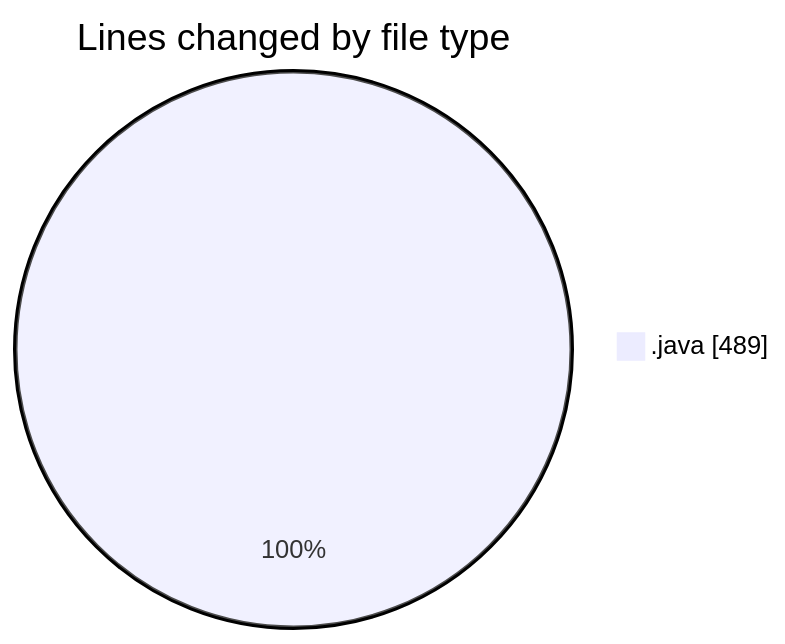
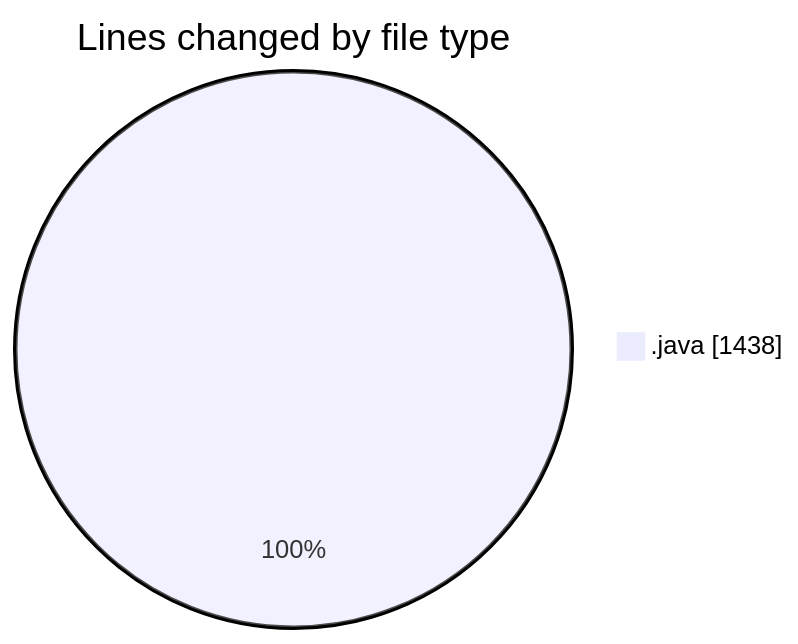
Before and after one commit to ricardozamudiocil/code-tracking: the first of 2 diagrams in 2026-04-23/cilapp/README.md, drawn with Mermaid. The commit also changed other lines of this file and 1 other file, not shown here.

````diff
--- a/2026-04-23/cilapp/README.md
+++ b/2026-04-23/cilapp/README.md
@@ -22,5 +23,5 @@
 ```mermaid
 pie showData
 title Lines changed by file type
-".java" : 489
+".java" : 1438
 ```
````
